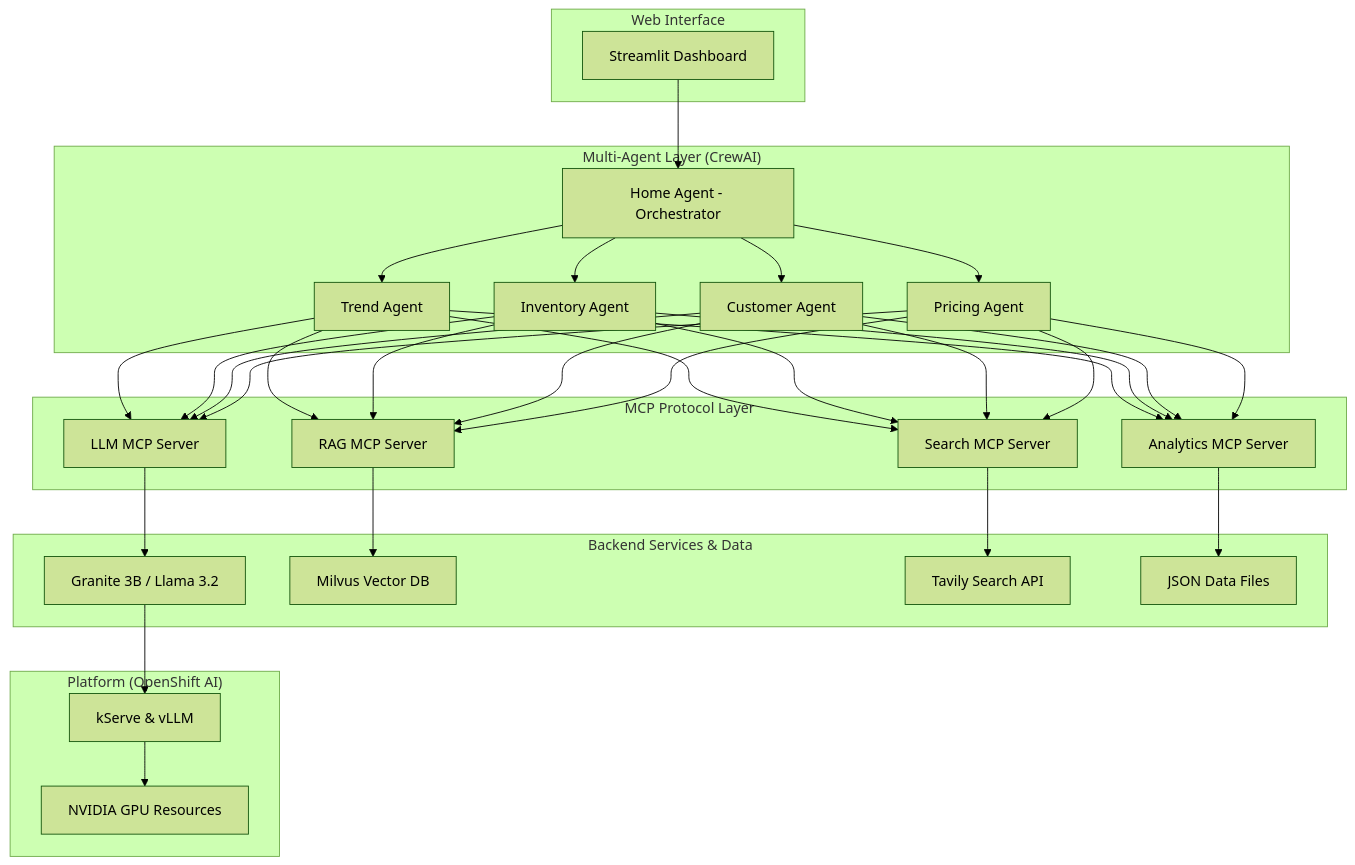
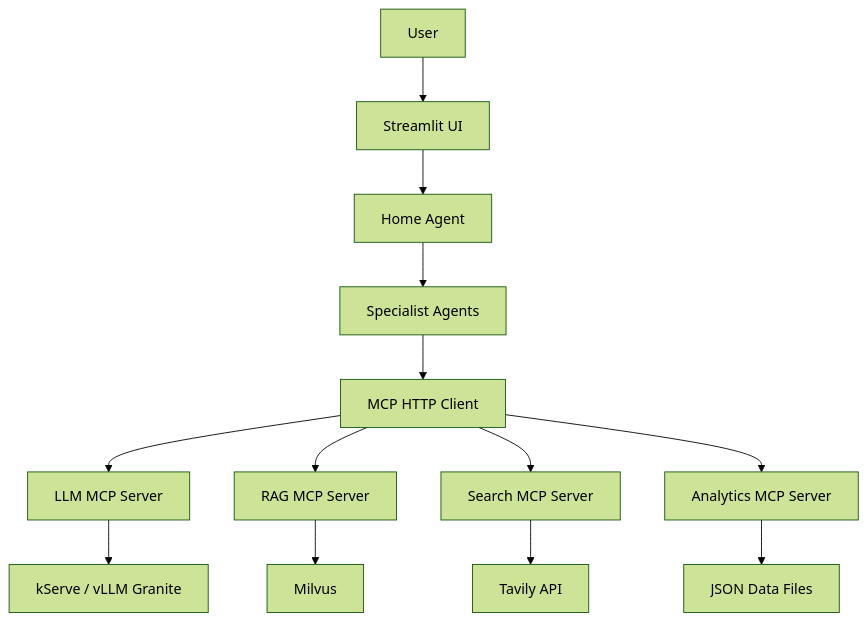
The diagram in README.md (daniethom/openshift-ai-unified-retail-demo), drawn with Mermaid (forest theme) before and after one commit. The commit also changed other lines of this file and 88 other files, not shown here.

First line of the commit message:
feat: refactor for repeatable OpenShift AI deployment

````diff
--- a/README.md
+++ b/README.md
@@ -70,43 +67,15 @@
 ```mermaid
 graph TB
-    subgraph "Web Interface"
-        UI[Streamlit Dashboard]
-    end
-    
-    subgraph "Multi-Agent Layer (CrewAI)"
-        HOME[Home Agent - Orchestrator]
-        TREND[Trend Agent]
-        INV[Inventory Agent]
-        CUST[Customer Agent]
-        PRICE[Pricing Agent]
-    end
-    
-    subgraph "MCP Protocol Layer"
-        MCP_LLM[LLM MCP Server]
-        MCP_RAG[RAG MCP Server]
-        MCP_SEARCH[Search MCP Server]
-        MCP_ANALYTICS[Analytics MCP Server]
-    end
-    
-    subgraph "Backend Services & Data"
-        LLM[Granite 3B / Llama 3.2]
-        MILVUS[Milvus Vector DB]
-        TAVILY[Tavily Search API]
-        DATA[JSON Data Files]
-    end
-    
-    subgraph "Platform (OpenShift AI)"
-        KSERVE[kServe & vLLM]
-        GPU[NVIDIA GPU Resources]
-    end
-    
-    UI --> HOME
-    HOME --> TREND & INV & CUST & PRICE
-    TREND & INV & CUST & PRICE --> MCP_LLM & MCP_RAG & MCP_SEARCH & MCP_ANALYTICS
-    MCP_LLM --> LLM
-    MCP_RAG --> MILVUS
-    MCP_SEARCH --> TAVILY
-    MCP_ANALYTICS --> DATA
-    LLM --> KSERVE
-    KSERVE --> GPU
+    User --> Streamlit[Streamlit UI]
+    Streamlit --> HomeAgent[Home Agent]
+    HomeAgent --> Agents[Specialist Agents]
+    Agents --> MCPClient[MCP HTTP Client]
+    MCPClient --> LLM_MCP[LLM MCP Server]
+    MCPClient --> RAG_MCP[RAG MCP Server]
+    MCPClient --> SEARCH_MCP[Search MCP Server]
+    MCPClient --> ANALYTICS_MCP[Analytics MCP Server]
+    LLM_MCP --> KServe[kServe / vLLM Granite]
+    RAG_MCP --> Milvus[Milvus]
+    SEARCH_MCP --> Tavily[Tavily API]
+    ANALYTICS_MCP --> JSON[JSON Data Files]
 ```
````
